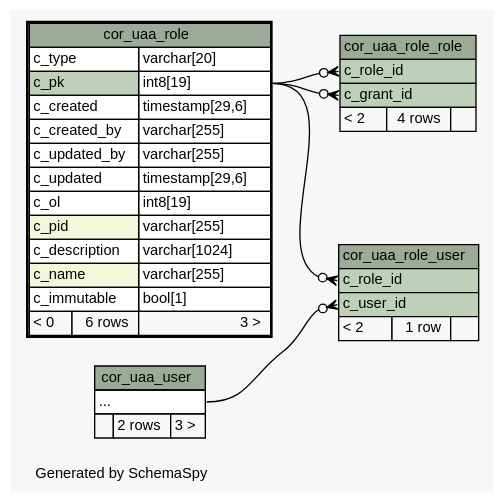
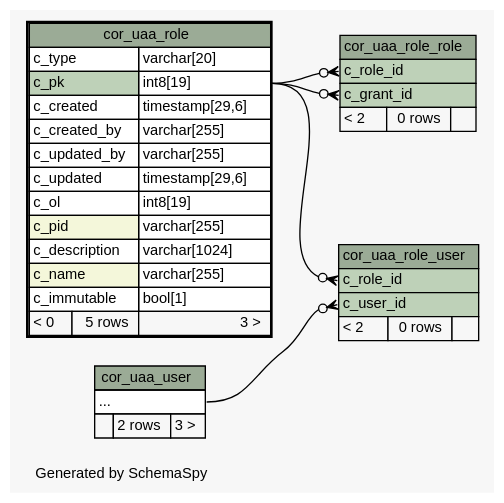
The diagram in 2.0.0-SNAPSHOT/schemaspy/diagrams/cor_uaa_role.2degrees.dot (openwms/org.openwms.core.uaa.lib), drawn with Graphviz before and after one commit. The commit also changed 236 other files, not shown here.

```diff
--- a/2.0.0-SNAPSHOT/schemaspy/diagrams/cor_uaa_role.2degrees.dot
+++ b/2.0.0-SNAPSHOT/schemaspy/diagrams/cor_uaa_role.2degrees.dot
@@ -1,78 +1,78 @@
-// dot 2.43.0 on Linux 6.5.0-1016-azure
+// dot 2.43.0 on Linux 6.5.0-1022-azure
 // SchemaSpy rev Unknown
 digraph "twoDegreesRelationshipsDiagram" {
   graph [
     rankdir="RL"
     bgcolor="#f7f7f7"
     label="\nGenerated by SchemaSpy"
     labeljust="l"
     nodesep="0.18"
     ranksep="0.46"
     fontname="Helvetica"
     fontsize="11"
   ];
   node [
     fontname="Helvetica"
     fontsize="11"
     shape="plaintext"
   ];
   edge [
     arrowsize="0.8"
   ];
   "cor_uaa_role_role":"c_grant_id":w -> "cor_uaa_role":"c_pk.type":e [arrowhead=none dir=back arrowtail=crowodot];
   "cor_uaa_role_role":"c_role_id":w -> "cor_uaa_role":"c_pk.type":e [arrowhead=none dir=back arrowtail=crowodot];
   "cor_uaa_role_user":"c_role_id":w -> "cor_uaa_role":"c_pk.type":e [arrowhead=none dir=back arrowtail=crowodot];
   "cor_uaa_role_user":"c_user_id":w -> "cor_uaa_user":"elipses":e [arrowhead=none dir=back arrowtail=crowodot];
   "cor_uaa_role" [
     label=<
     <TABLE BORDER="2" CELLBORDER="1" CELLSPACING="0" BGCOLOR="#ffffff">
       <TR><TD COLSPAN="3" BGCOLOR="#9bab96" ALIGN="CENTER">cor_uaa_role</TD></TR>
       <TR><TD PORT="c_type" COLSPAN="2" ALIGN="LEFT">c_type</TD><TD PORT="c_type.type" ALIGN="LEFT">varchar[20]</TD></TR>
       <TR><TD PORT="c_pk" COLSPAN="2" BGCOLOR="#bed1b8" ALIGN="LEFT">c_pk</TD><TD PORT="c_pk.type" ALIGN="LEFT">int8[19]</TD></TR>
       <TR><TD PORT="c_created" COLSPAN="2" ALIGN="LEFT">c_created</TD><TD PORT="c_created.type" ALIGN="LEFT">timestamp[29,6]</TD></TR>
       <TR><TD PORT="c_created_by" COLSPAN="2" ALIGN="LEFT">c_created_by</TD><TD PORT="c_created_by.type" ALIGN="LEFT">varchar[255]</TD></TR>
       <TR><TD PORT="c_updated_by" COLSPAN="2" ALIGN="LEFT">c_updated_by</TD><TD PORT="c_updated_by.type" ALIGN="LEFT">varchar[255]</TD></TR>
       <TR><TD PORT="c_updated" COLSPAN="2" ALIGN="LEFT">c_updated</TD><TD PORT="c_updated.type" ALIGN="LEFT">timestamp[29,6]</TD></TR>
       <TR><TD PORT="c_ol" COLSPAN="2" ALIGN="LEFT">c_ol</TD><TD PORT="c_ol.type" ALIGN="LEFT">int8[19]</TD></TR>
       <TR><TD PORT="c_pid" COLSPAN="2" BGCOLOR="#f4f7da" ALIGN="LEFT">c_pid</TD><TD PORT="c_pid.type" ALIGN="LEFT">varchar[255]</TD></TR>
       <TR><TD PORT="c_description" COLSPAN="2" ALIGN="LEFT">c_description</TD><TD PORT="c_description.type" ALIGN="LEFT">varchar[1024]</TD></TR>
       <TR><TD PORT="c_name" COLSPAN="2" BGCOLOR="#f4f7da" ALIGN="LEFT">c_name</TD><TD PORT="c_name.type" ALIGN="LEFT">varchar[255]</TD></TR>
       <TR><TD PORT="c_immutable" COLSPAN="2" ALIGN="LEFT">c_immutable</TD><TD PORT="c_immutable.type" ALIGN="LEFT">bool[1]</TD></TR>
-      <TR><TD ALIGN="LEFT" BGCOLOR="#f7f7f7">&lt; 0</TD><TD ALIGN="RIGHT" BGCOLOR="#f7f7f7">6 rows</TD><TD ALIGN="RIGHT" BGCOLOR="#f7f7f7">3 &gt;</TD></TR>
+      <TR><TD ALIGN="LEFT" BGCOLOR="#f7f7f7">&lt; 0</TD><TD ALIGN="RIGHT" BGCOLOR="#f7f7f7">5 rows</TD><TD ALIGN="RIGHT" BGCOLOR="#f7f7f7">3 &gt;</TD></TR>
     </TABLE>>
     URL="cor_uaa_role.html"
     tooltip="cor_uaa_role"
   ];
   "cor_uaa_role_role" [
     label=<
     <TABLE BORDER="0" CELLBORDER="1" CELLSPACING="0" BGCOLOR="#ffffff">
       <TR><TD COLSPAN="3" BGCOLOR="#9bab96" ALIGN="CENTER">cor_uaa_role_role</TD></TR>
       <TR><TD PORT="c_role_id" COLSPAN="3" BGCOLOR="#bed1b8" ALIGN="LEFT">c_role_id</TD></TR>
       <TR><TD PORT="c_grant_id" COLSPAN="3" BGCOLOR="#bed1b8" ALIGN="LEFT">c_grant_id</TD></TR>
-      <TR><TD ALIGN="LEFT" BGCOLOR="#f7f7f7">&lt; 2</TD><TD ALIGN="RIGHT" BGCOLOR="#f7f7f7">4 rows</TD><TD ALIGN="RIGHT" BGCOLOR="#f7f7f7">  </TD></TR>
+      <TR><TD ALIGN="LEFT" BGCOLOR="#f7f7f7">&lt; 2</TD><TD ALIGN="RIGHT" BGCOLOR="#f7f7f7">0 rows</TD><TD ALIGN="RIGHT" BGCOLOR="#f7f7f7">  </TD></TR>
     </TABLE>>
     URL="cor_uaa_role_role.html"
     tooltip="cor_uaa_role_role"
   ];
   "cor_uaa_role_user" [
     label=<
     <TABLE BORDER="0" CELLBORDER="1" CELLSPACING="0" BGCOLOR="#ffffff">
       <TR><TD COLSPAN="3" BGCOLOR="#9bab96" ALIGN="CENTER">cor_uaa_role_user</TD></TR>
       <TR><TD PORT="c_role_id" COLSPAN="3" BGCOLOR="#bed1b8" ALIGN="LEFT">c_role_id</TD></TR>
       <TR><TD PORT="c_user_id" COLSPAN="3" BGCOLOR="#bed1b8" ALIGN="LEFT">c_user_id</TD></TR>
-      <TR><TD ALIGN="LEFT" BGCOLOR="#f7f7f7">&lt; 2</TD><TD ALIGN="RIGHT" BGCOLOR="#f7f7f7">1 row</TD><TD ALIGN="RIGHT" BGCOLOR="#f7f7f7">  </TD></TR>
+      <TR><TD ALIGN="LEFT" BGCOLOR="#f7f7f7">&lt; 2</TD><TD ALIGN="RIGHT" BGCOLOR="#f7f7f7">0 rows</TD><TD ALIGN="RIGHT" BGCOLOR="#f7f7f7">  </TD></TR>
     </TABLE>>
     URL="cor_uaa_role_user.html"
     tooltip="cor_uaa_role_user"
   ];
   "cor_uaa_user" [
     label=<
     <TABLE BORDER="0" CELLBORDER="1" CELLSPACING="0" BGCOLOR="#ffffff">
       <TR><TD COLSPAN="3" BGCOLOR="#9bab96" ALIGN="CENTER">cor_uaa_user</TD></TR>
       <TR><TD PORT="elipses" COLSPAN="3" ALIGN="LEFT">...</TD></TR>
       <TR><TD ALIGN="LEFT" BGCOLOR="#f7f7f7">  </TD><TD ALIGN="RIGHT" BGCOLOR="#f7f7f7">2 rows</TD><TD ALIGN="RIGHT" BGCOLOR="#f7f7f7">3 &gt;</TD></TR>
     </TABLE>>
     URL="cor_uaa_user.html"
     tooltip="cor_uaa_user"
   ];
 }
```
